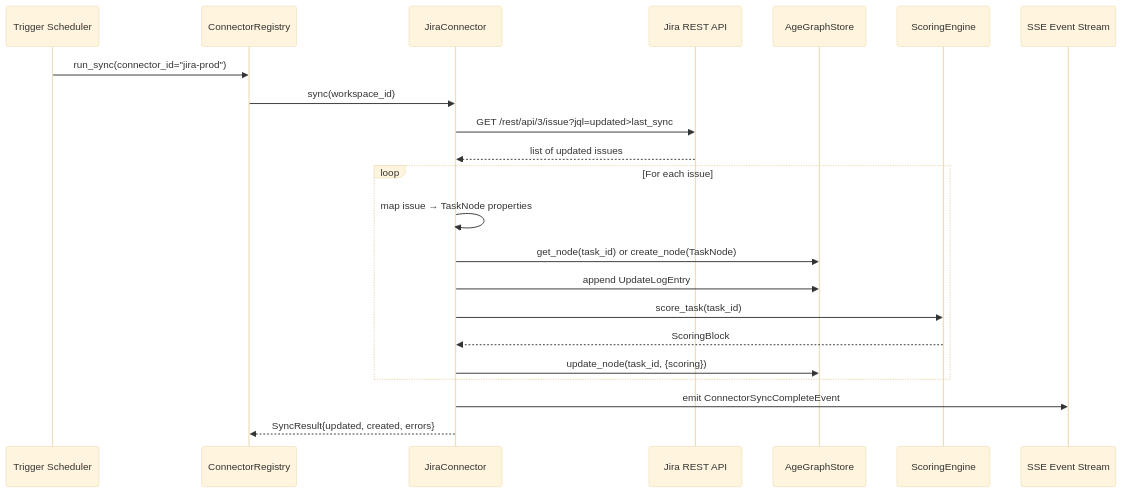
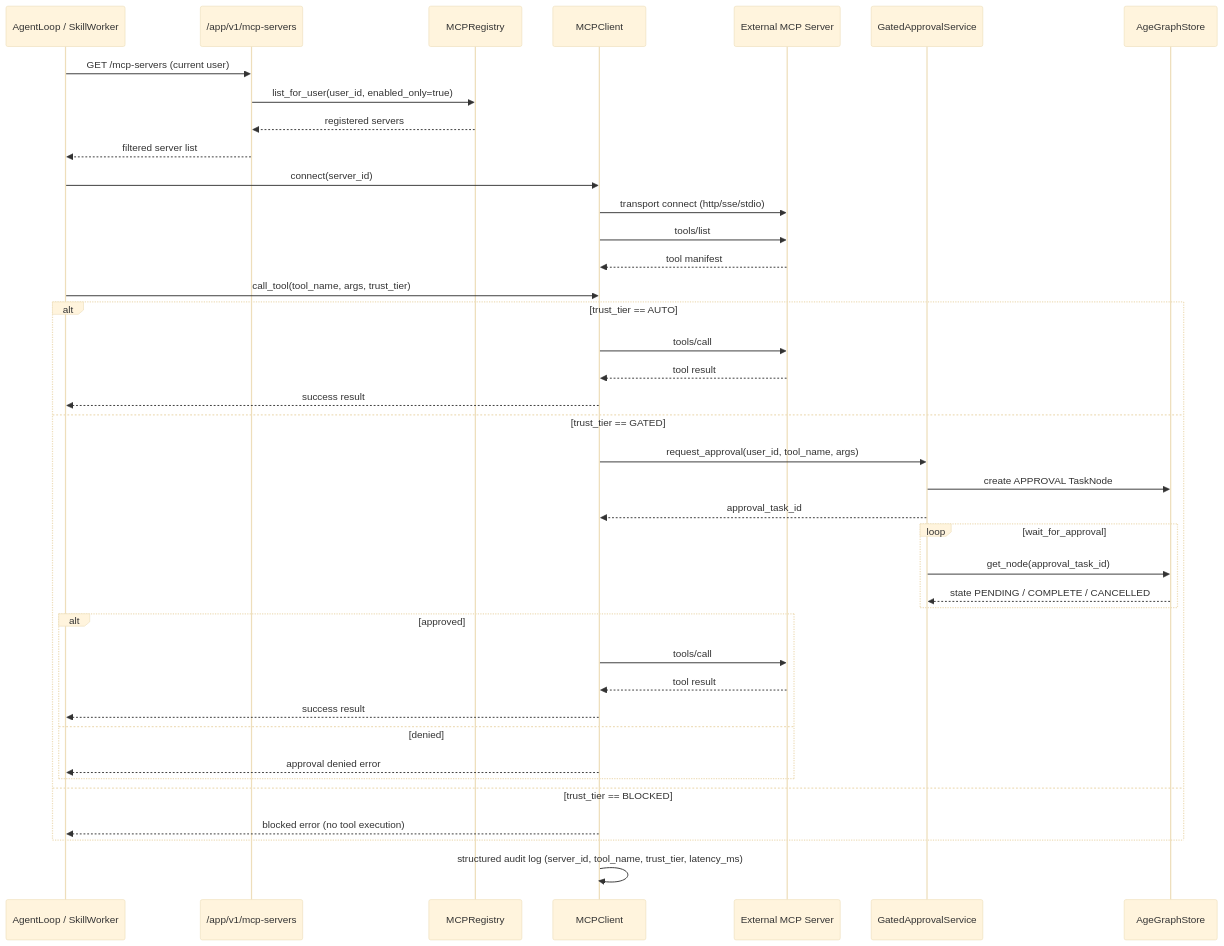
The sixth of 9 diagrams in docs/architecture/05-data-flow.md (graphclaw/graphclaw), drawn with Mermaid (base theme) before and after one commit. The commit also changed other lines of this file and 6 other files, not shown here.

Commit message:
feat(phase5): finalize MCP registry stdio flow and docs

````diff
--- a/docs/architecture/05-data-flow.md
+++ b/docs/architecture/05-data-flow.md
@@ -169,25 +169,46 @@
 ```mermaid
 sequenceDiagram
-    participant SCHED as Trigger Scheduler
-    participant CONN as ConnectorRegistry
-    participant JIRA as JiraConnector
-    participant JIRA_API as Jira REST API
+    participant AGENT as AgentLoop / SkillWorker
+    participant API as /app/v1/mcp-servers
+    participant REG as MCPRegistry
+    participant MCP as MCPClient
+    participant SRV as External MCP Server
+    participant GATE as GatedApprovalService
     participant DB as AgeGraphStore
-    participant SCORE as ScoringEngine
-    participant SSE as SSE Event Stream
 
-    SCHED->>CONN: run_sync(connector_id="jira-prod")
-    CONN->>JIRA: sync(workspace_id)
-    JIRA->>JIRA_API: GET /rest/api/3/issue?jql=updated>last_sync
-    JIRA_API-->>JIRA: list of updated issues
-    loop For each issue
-        JIRA->>JIRA: map issue → TaskNode properties
-        JIRA->>DB: get_node(task_id) or create_node(TaskNode)
-        JIRA->>DB: append UpdateLogEntry
-        JIRA->>SCORE: score_task(task_id)
-        SCORE-->>JIRA: ScoringBlock
-        JIRA->>DB: update_node(task_id, {scoring})
+    AGENT->>API: GET /mcp-servers (current user)
+    API->>REG: list_for_user(user_id, enabled_only=true)
+    REG-->>API: registered servers
+    API-->>AGENT: filtered server list
+
+    AGENT->>MCP: connect(server_id)
+    MCP->>SRV: transport connect (http/sse/stdio)
+    MCP->>SRV: tools/list
+    SRV-->>MCP: tool manifest
+
+    AGENT->>MCP: call_tool(tool_name, args, trust_tier)
+    alt trust_tier == AUTO
+        MCP->>SRV: tools/call
+        SRV-->>MCP: tool result
+        MCP-->>AGENT: success result
+    else trust_tier == GATED
+        MCP->>GATE: request_approval(user_id, tool_name, args)
+        GATE->>DB: create APPROVAL TaskNode
+        GATE-->>MCP: approval_task_id
+        loop wait_for_approval
+            GATE->>DB: get_node(approval_task_id)
+            DB-->>GATE: state PENDING / COMPLETE / CANCELLED
+        end
+        alt approved
+            MCP->>SRV: tools/call
+            SRV-->>MCP: tool result
+            MCP-->>AGENT: success result
+        else denied
+            MCP-->>AGENT: approval denied error
+        end
+    else trust_tier == BLOCKED
+        MCP-->>AGENT: blocked error (no tool execution)
     end
-    JIRA->>SSE: emit ConnectorSyncCompleteEvent
-    JIRA-->>CONN: SyncResult{updated, created, errors}
+
+    MCP->>MCP: structured audit log (server_id, tool_name, trust_tier, latency_ms)
 ```
````
